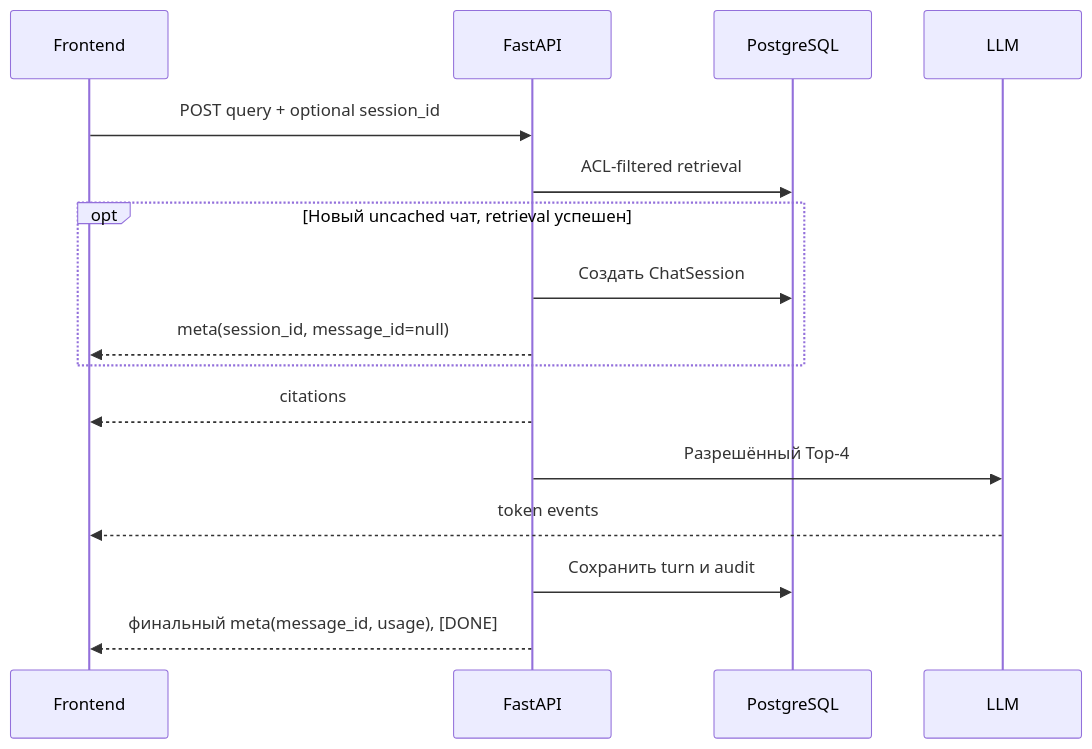
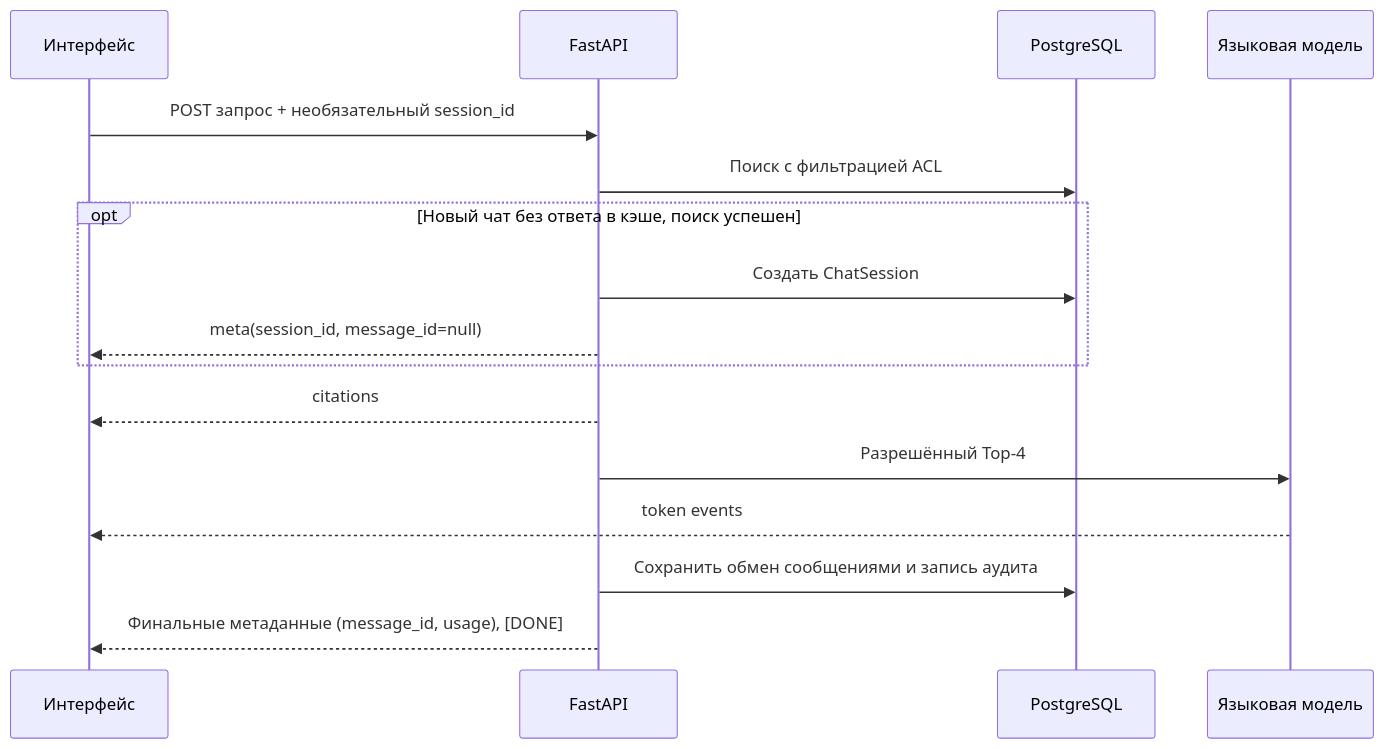
Before and after one commit to vladweat/docwise: the second of 2 diagrams in docs/pipeline/retrieval.md, drawn with Mermaid. The commit also changed other lines of this file and 51 other files, not shown here.

````diff
--- a/docs/pipeline/retrieval.md
+++ b/docs/pipeline/retrieval.md
@@ -49,18 +49,18 @@
 ```mermaid
 sequenceDiagram
-  participant UI as Frontend
+  participant UI as Интерфейс
   participant API as FastAPI
   participant DB as PostgreSQL
-  participant LLM as LLM
-  UI->>API: POST query + optional session_id
-  API->>DB: ACL-filtered retrieval
-  opt Новый uncached чат, retrieval успешен
+  participant LLM as Языковая модель
+  UI->>API: POST запрос + необязательный session_id
+  API->>DB: Поиск с фильтрацией ACL
+  opt Новый чат без ответа в кэше, поиск успешен
     API->>DB: Создать ChatSession
     API-->>UI: meta(session_id, message_id=null)
   end
   API-->>UI: citations
   API->>LLM: Разрешённый Top-4
   LLM-->>UI: token events
-  API->>DB: Сохранить turn и audit
-  API-->>UI: финальный meta(message_id, usage), [DONE]
+  API->>DB: Сохранить обмен сообщениями и запись аудита
+  API-->>UI: Финальные метаданные (message_id, usage), [DONE]
 ```
````
